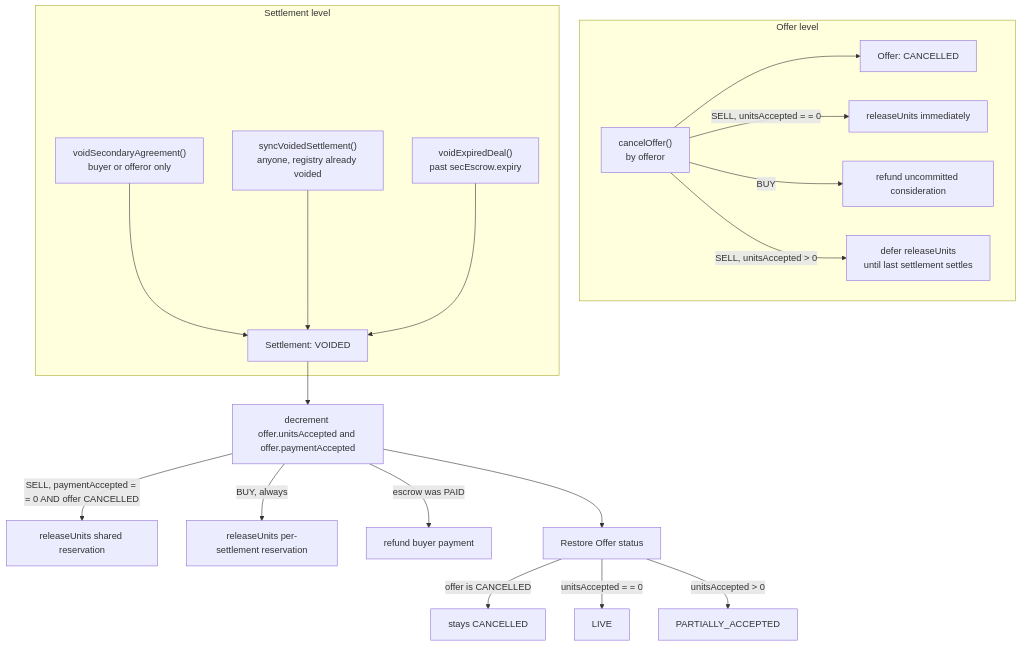
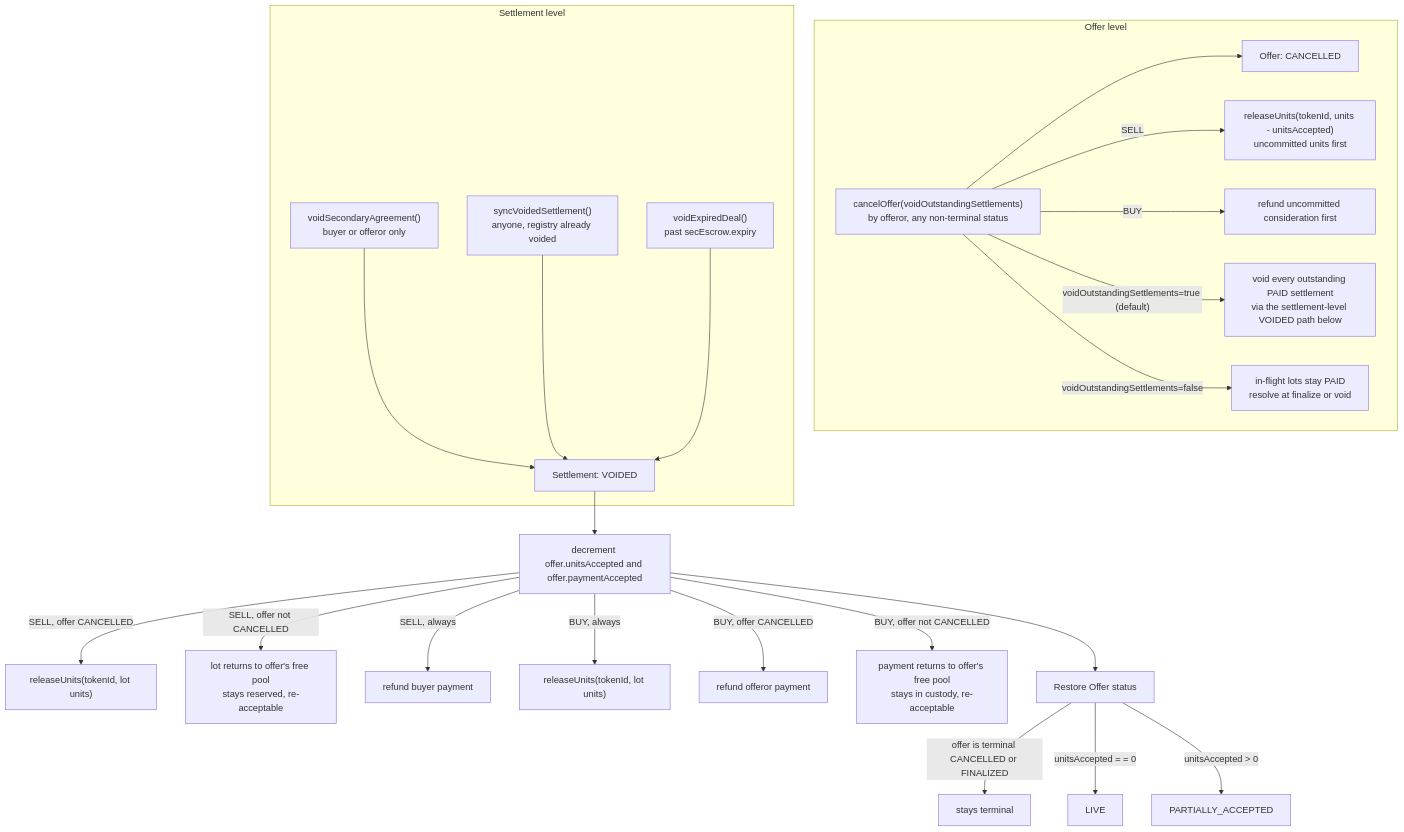
One commit to MetaLex-Tech/cybercorps-contracts changed the sixth of 6 diagrams in specs/analysis/dealManager secondary trades.md. Above: the diagram before and after it, drawn with Mermaid. The commit also changed other lines of this file and 4 other files, not shown here.

Commit message:
feat: cancelOffer with voidOutstandingSettlements. Misc fixes

````diff
--- a/specs/analysis/dealManager secondary trades.md
+++ b/specs/analysis/dealManager secondary trades.md
@@ -203,30 +225,34 @@
 ```mermaid
 flowchart TD
     subgraph OFFER_LEVEL["Offer level"]
-        CO["cancelOffer()<br/>by offeror"]
+        CO["cancelOffer(voidOutstandingSettlements)<br/>by offeror, any non-terminal status"]
         OC["Offer: CANCELLED"]
         CO --> OC
-        CO -->|SELL, unitsAccepted = = 0| RU1["releaseUnits immediately"]
-        CO -->|BUY| RF1["refund uncommitted consideration"]
-        CO -->|SELL, unitsAccepted > 0| DEFER["defer releaseUnits<br/>until last settlement settles"]
+        CO -->|SELL| RU1["releaseUnits(tokenId, units - unitsAccepted)<br/>uncommitted units first"]
+        CO -->|BUY| RF1["refund uncommitted consideration first"]
+        CO -->|" voidOutstandingSettlements=true (default) "| VOS["void every outstanding PAID settlement<br/>via the settlement-level VOIDED path below"]
+        CO -->|" voidOutstandingSettlements=false "| KEEP["in-flight lots stay PAID<br/>resolve at finalize or void"]
     end
 
     subgraph SETTLEMENT_LEVEL["Settlement level"]
         VSA["voidSecondaryAgreement()<br/>buyer or offeror only"]
         SVS["syncVoidedSettlement()<br/>anyone, registry already voided"]
         VED["voidExpiredDeal()<br/>past secEscrow.expiry"]
         SV["Settlement: VOIDED"]
         VSA --> SV
         SVS --> SV
         VED --> SV
     end
 
     SV --> ACC["decrement offer.unitsAccepted and offer.paymentAccepted"]
-    ACC -->|SELL, paymentAccepted = = 0 AND offer CANCELLED| RU2["releaseUnits shared reservation"]
-    ACC -->|BUY, always| RU3["releaseUnits per-settlement reservation"]
-    ACC -->|escrow was PAID| RF2["refund buyer payment"]
+    ACC -->|SELL, offer CANCELLED| RU2["releaseUnits(tokenId, lot units)"]
+    ACC -->|SELL, offer not CANCELLED| POOL["lot returns to offer's free pool<br/>stays reserved, re-acceptable"]
+    ACC -->|SELL, always| RF2["refund buyer payment"]
+    ACC -->|BUY, always| RU3["releaseUnits(tokenId, lot units)"]
+    ACC -->|BUY, offer CANCELLED| RF3["refund offeror payment"]
+    ACC -->|BUY, offer not CANCELLED| FPOOL["payment returns to offer's free pool<br/>stays in custody, re-acceptable"]
     ACC --> OS["Restore Offer status"]
-    OS -->|offer is CANCELLED| OS1["stays CANCELLED"]
+    OS -->|offer is terminal CANCELLED or FINALIZED| OS1["stays terminal"]
     OS -->|unitsAccepted = = 0| OS2["LIVE"]
     OS -->|unitsAccepted > 0| OS3["PARTIALLY_ACCEPTED"]
 ```
````
